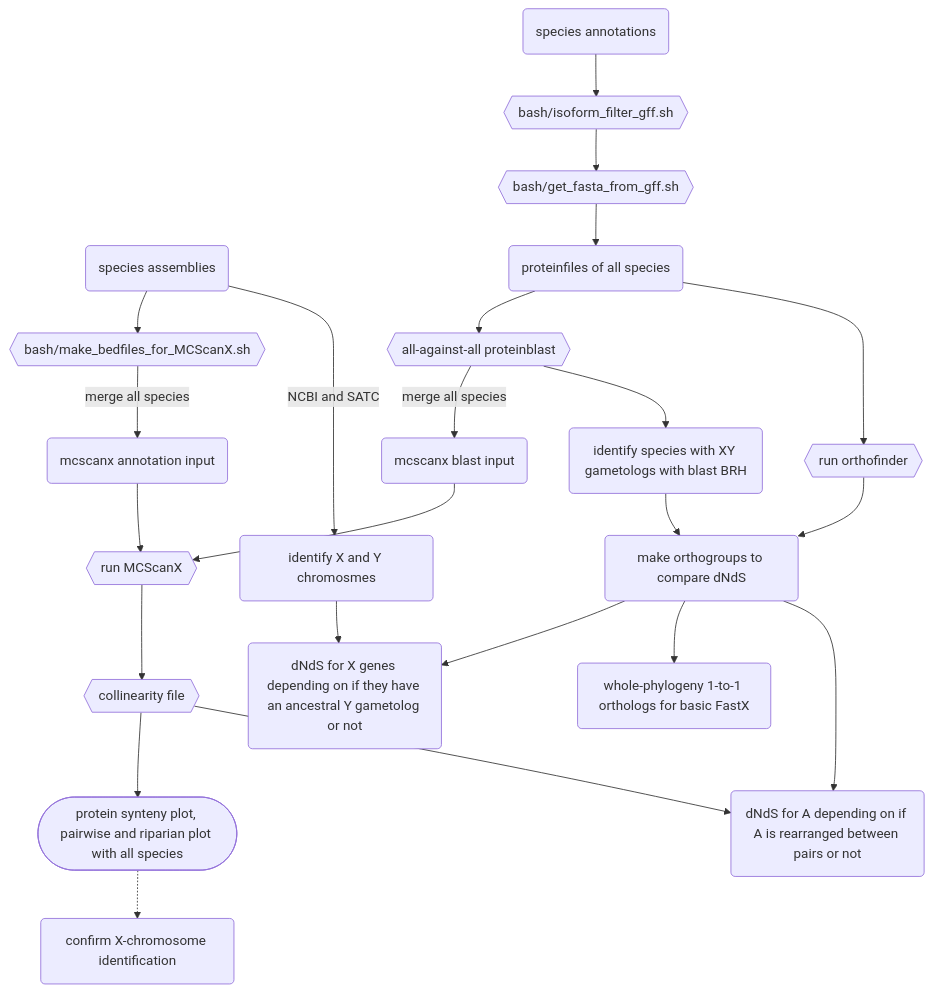
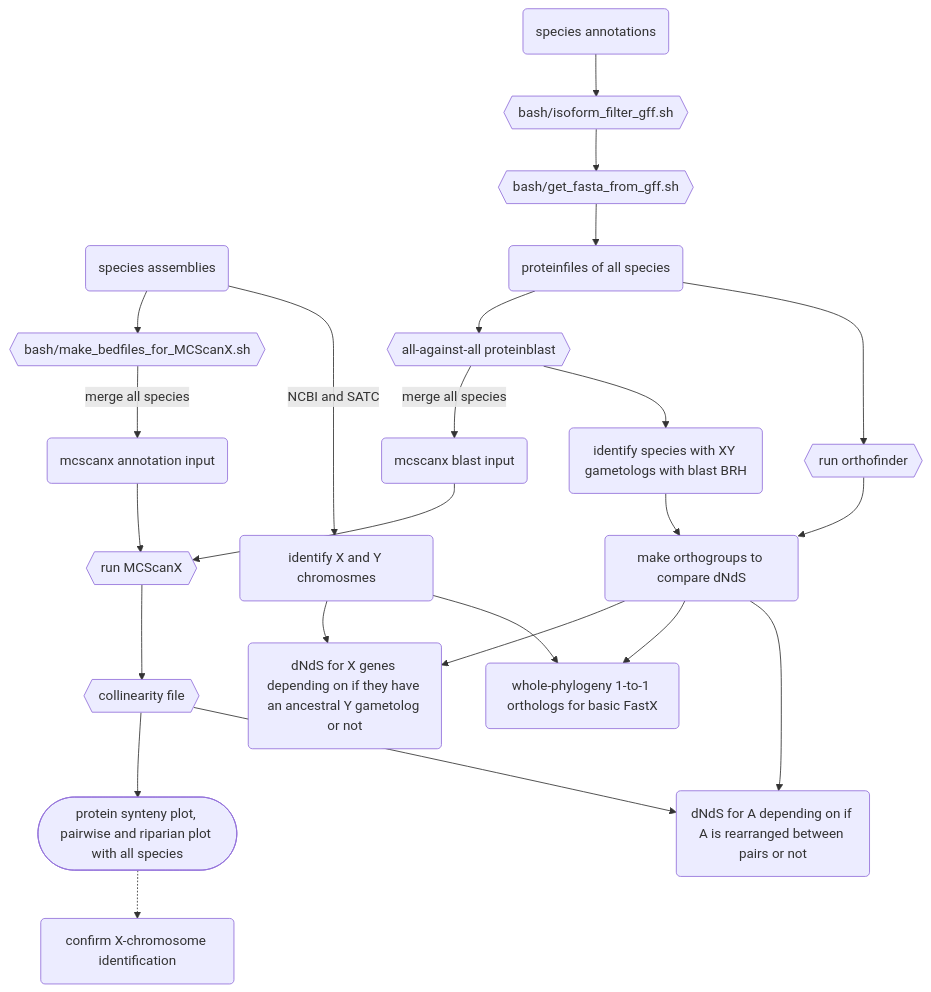
The diagram in README.md (milena-t/PhD_chapter3), drawn with Mermaid before and after one commit.

Commit message:
moremermaid

````diff
--- a/README.md
+++ b/README.md
@@ -55,32 +55,33 @@
 ```mermaid
 graph TD;
     species_Ass(species assemblies);
     species_Ass --> simplified_bed{{bash/make_bedfiles_for_MCScanX.sh}};
     simplified_bed -- merge all species --> mcscanx_bed(mcscanx annotation input);
     
     species_Ann(species annotations);
     species_Ann --> is_filter{{bash/isoform_filter_gff.sh}};
     is_filter --> get_prot{{bash/get_fasta_from_gff.sh}};
     get_prot --> protfiles(proteinfiles of all species);
     protfiles --> blast{{all-against-all proteinblast}};
     blast -- merge all species --> mcscanx_blast(mcscanx blast input);
 
     mcscanx_bed --> run_mcscanx{{run MCScanX}};
     mcscanx_blast --> run_mcscanx
     run_mcscanx --> mcscanx_out{{collinearity file}}
     mcscanx_out --> mcscanx_plot([protein synteny plot, pairwise and riparian plot with all species])
     mcscanx_plot .-> conf_X(confirm X-chromosome identification)
 
     species_Ass -- NCBI and SATC --> XY_chr(identify X and Y chromosmes);
     protfiles --> orthofinder{{run orthofinder}};
     
     blast --> XY_paralogs(identify species with XY gametologs with blast BRH);
     XY_paralogs --> dNdS_groups(make orthogroups to compare dNdS);
     orthofinder --> dNdS_groups;
 
     dNdS_groups --> gametologs(dNdS for X genes depending on if they have an ancestral Y gametolog or not);
     XY_chr --> gametologs
     dNdS_groups --> basicFastX(whole-phylogeny 1-to-1 orthologs for basic FastX);
+    XY_chr --> basicFastX
     dNdS_groups --> rearrangeA(dNdS for A depending on if A is rearranged between pairs or not)
     mcscanx_out --> rearrangeA
 ```   
````
